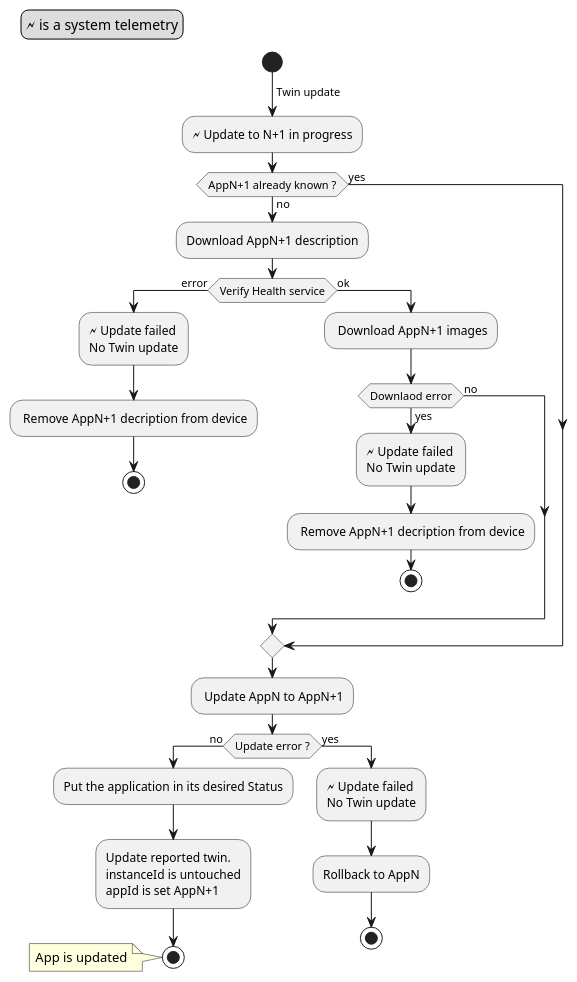
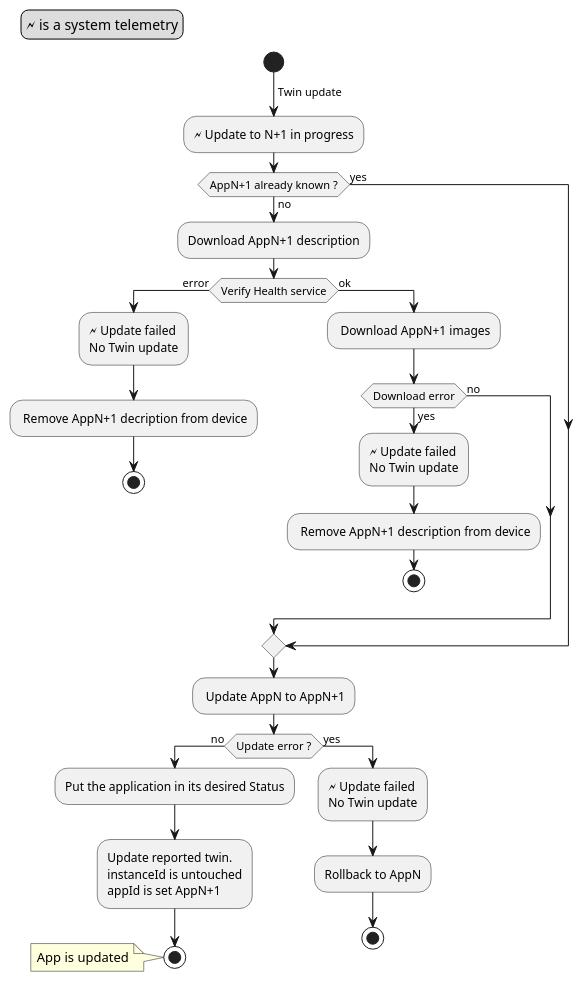
The diagram in UseCases/Update-application/update-application.activity.puml (se-edge/framework-diagrams), drawn with PlantUML before and after one commit.

```diff
--- a/UseCases/Update-application/update-application.activity.puml
+++ b/UseCases/Update-application/update-application.activity.puml
@@ -1,46 +1,46 @@
 @startuml
 legend top left
 🗲 is a system telemetry
 endlegend
 
 start
 -> Twin update;
 :🗲 Update to N+1 in progress;
 
 if (AppN+1 already known ?) then (no)
     :Download AppN+1 description;
     if (Verify Health service) then (error)
         :🗲 Update failed
         No Twin update;
         : Remove AppN+1 decription from device;
         stop
     else (ok)
         : Download AppN+1 images;
-        if(Downlaod error) then (yes)
+        if(Download error) then (yes)
             :🗲 Update failed
             No Twin update;
-            : Remove AppN+1 decription from device;
+            : Remove AppN+1 description from device;
             stop
         else(no)
         endif
     endif
 else(yes)
 endif
 : Update AppN to AppN+1;
 if(Update error ?) then (no)
     :Put the application in its desired Status;
     :Update reported twin.
     instanceId is untouched
     appId is set AppN+1;
     stop
     note
         App is updated
     end note
 else(yes)
     :🗲 Update failed
     No Twin update;
     :Rollback to AppN;
     stop
 endif
 
 @enduml
```
